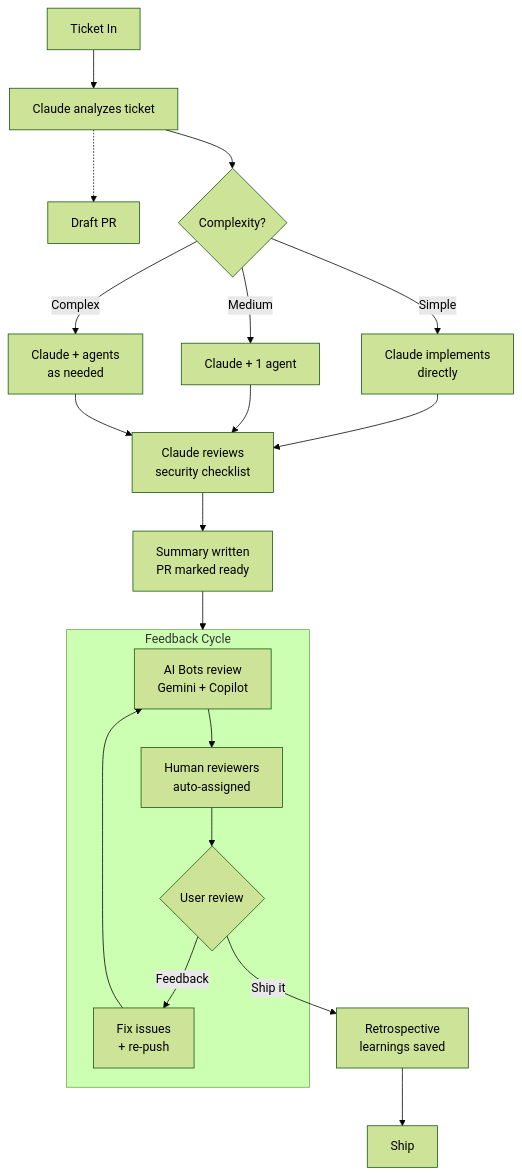
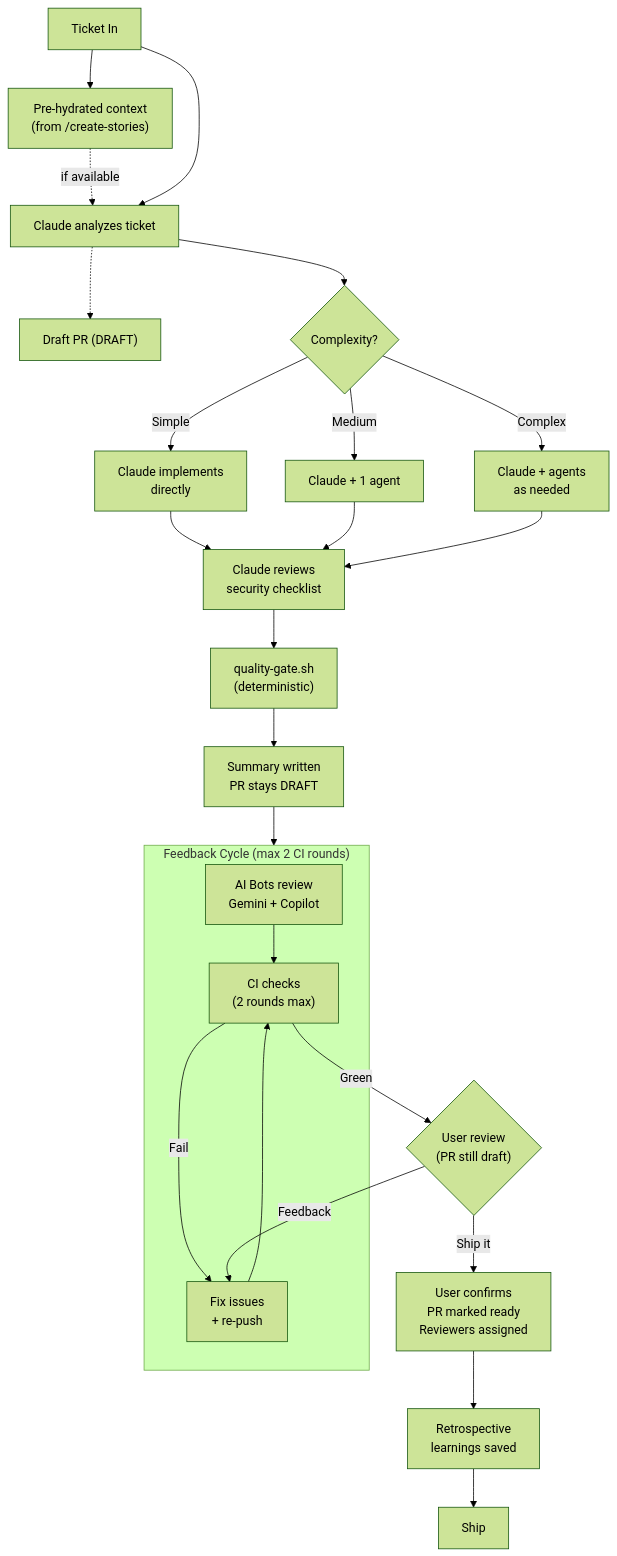
One commit to johwer/dream-team-flow changed the second of 3 diagrams in docs/workflow-phases.md. Above: the diagram before and after it, drawn with Mermaid (forest theme). The commit also changed other lines of this file and 20 other files, not shown here.

````diff
--- a/docs/workflow-phases.md
+++ b/docs/workflow-phases.md
@@ -52,35 +64,45 @@
 ```mermaid
 flowchart TD
-    Ticket["Ticket In"] --> Analyze["Claude analyzes ticket"]
-    Analyze -.-> Draft["Draft PR"]
+    Ticket["Ticket In"] --> PreHydrate["Pre-hydrated context\n(from /create-stories)"]
+    PreHydrate -.->|"if available"| Analyze
+    Ticket --> Analyze["Claude analyzes ticket"]
+    Analyze -.-> Draft["Draft PR (DRAFT)"]
     Analyze --> Decide{"Complexity?"}
 
     Decide -->|"Simple"| Solo["Claude implements\ndirectly"]
     Decide -->|"Medium"| One["Claude + 1 agent"]
     Decide -->|"Complex"| Multi["Claude + agents\nas needed"]
 
     Review["Claude reviews\nsecurity checklist"]
     Solo --> Review
     One --> Review
     Multi --> Review
 
-    Summary["Summary written\nPR marked ready"]
-    Review --> Summary
+    QualityGate["quality-gate.sh\n(deterministic)"]
+    Review --> QualityGate
 
-    subgraph Feedback["Feedback Cycle"]
+    Summary["Summary written\nPR stays DRAFT"]
+    QualityGate --> Summary
+
+    subgraph Feedback["Feedback Cycle (max 2 CI rounds)"]
         AIBots["AI Bots review\nGemini + Copilot"]
-        HumanR["Human reviewers\nauto-assigned"]
+        CI["CI checks\n(2 rounds max)"]
         FixIssues["Fix issues\n+ re-push"]
-        UserR{"User review"}
-        AIBots --> HumanR
-        HumanR --> UserR
-        UserR -->|"Feedback"| FixIssues
-        FixIssues --> AIBots
+        AIBots --> CI
+        CI -->|"Fail"| FixIssues
+        FixIssues --> CI
     end
 
     Summary --> Feedback
 
+    UserR{"User review\n(PR still draft)"}
+    CI -->|"Green"| UserR
+
+    MarkReady["User confirms\nPR marked ready\nReviewers assigned"]
+    UserR -->|"Ship it"| MarkReady
+    UserR -->|"Feedback"| FixIssues
+
     Retro["Retrospective\nlearnings saved"]
-    UserR -->|"Ship it"| Retro
+    MarkReady --> Retro
     Retro --> Ship["Ship"]
 ```
````
